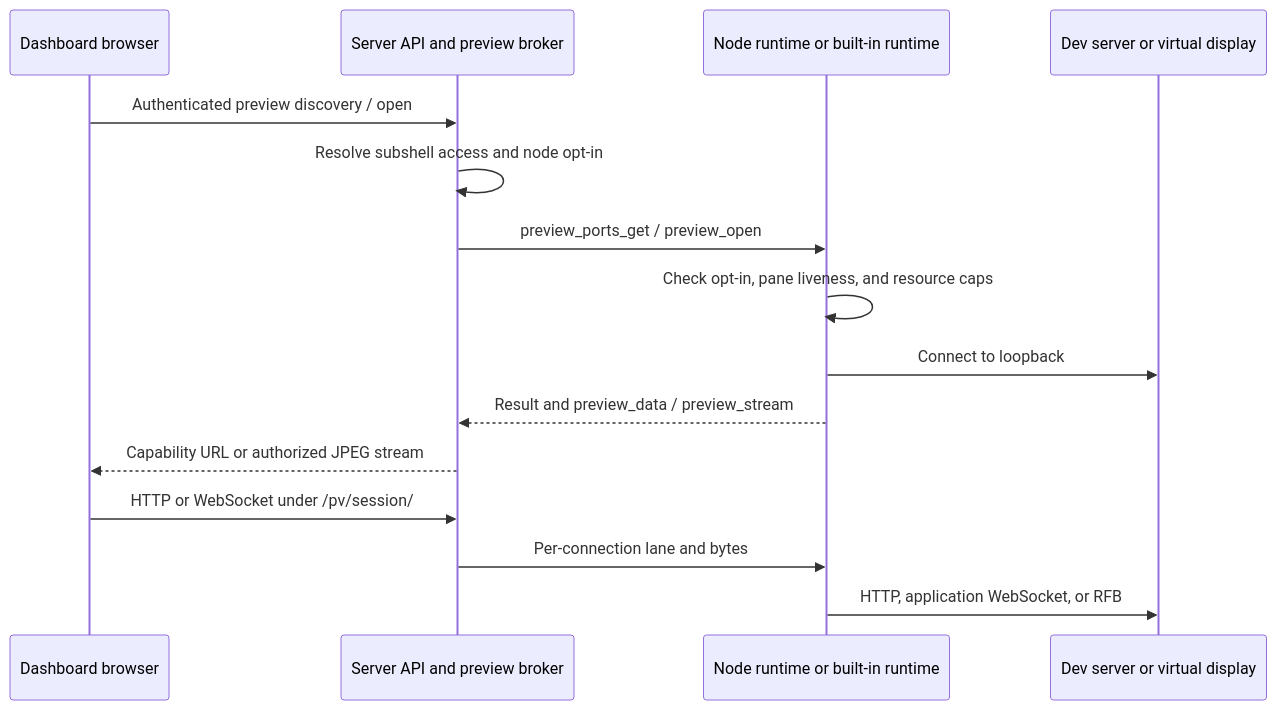
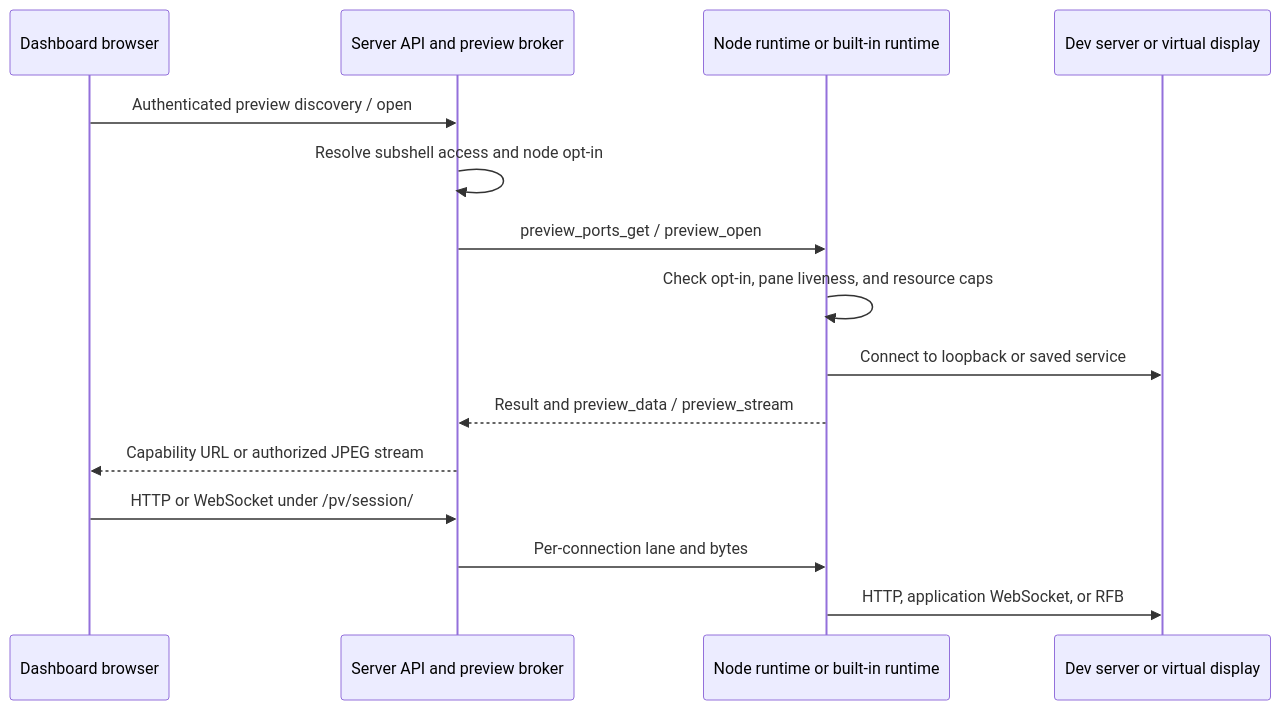
The diagram in docs/preview-architecture.md (subshell-ai/subshell), drawn with Mermaid before and after one commit. The commit also changed other lines of this file and 46 other files, not shown here.

````diff
--- a/docs/preview-architecture.md
+++ b/docs/preview-architecture.md
@@ -12,17 +12,17 @@
 ```mermaid
 sequenceDiagram
   participant B as Dashboard browser
   participant S as Server API and preview broker
   participant N as Node runtime or built-in runtime
   participant A as Dev server or virtual display
   B->>S: Authenticated preview discovery / open
   S->>S: Resolve subshell access and node opt-in
   S->>N: preview_ports_get / preview_open
   N->>N: Check opt-in, pane liveness, and resource caps
-  N->>A: Connect to loopback
+  N->>A: Connect to loopback or saved service
   N-->>S: Result and preview_data / preview_stream
   S-->>B: Capability URL or authorized JPEG stream
   B->>S: HTTP or WebSocket under /pv/session/
   S->>N: Per-connection lane and bytes
   N->>A: HTTP, application WebSocket, or RFB
 ```
````
